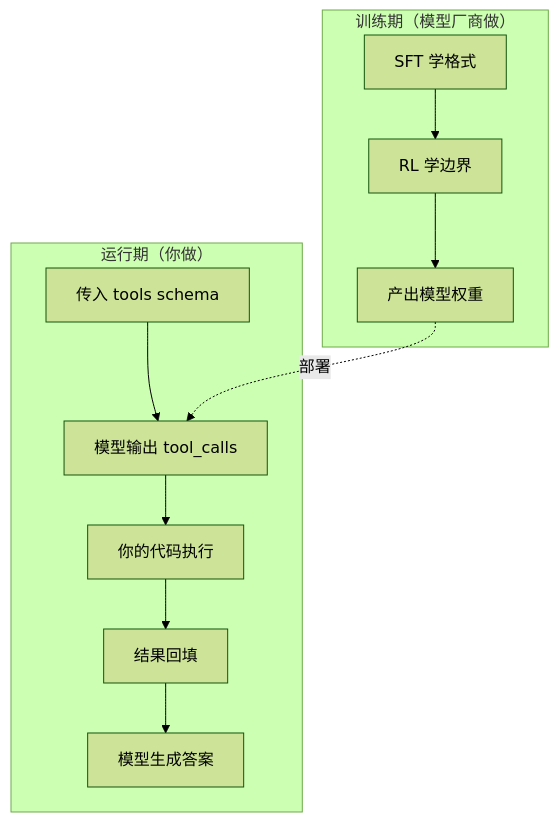
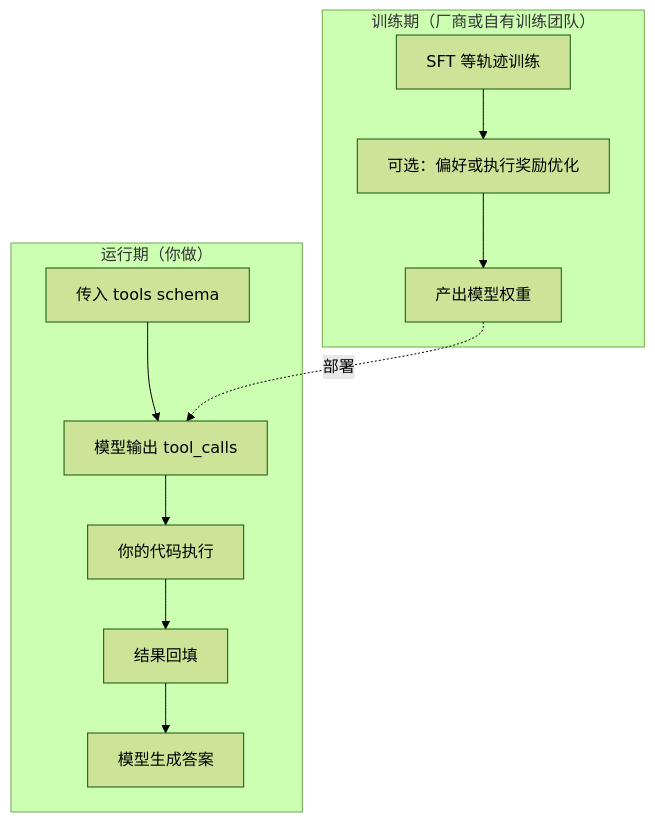
One commit to oneleaveknowsthefall/awesome-ai-roadmap changed the fourth of 4 diagrams in docs/tools/01-function-calling/02-tool-learning.md. Above: the diagram before and after it, drawn with Mermaid (forest theme). The commit also changed other lines of this file and 50 other files, not shown here.

````diff
--- a/docs/tools/01-function-calling/02-tool-learning.md
+++ b/docs/tools/01-function-calling/02-tool-learning.md
@@ -180,13 +184,13 @@
 ```mermaid
 flowchart TB
-    subgraph TRAIN["训练期（模型厂商做）"]
-        T1[SFT 学格式] --> T2[RL 学边界] --> T3[产出模型权重]
+    subgraph TRAIN["训练期（厂商或自有训练团队）"]
+        T1[SFT 等轨迹训练] --> T2[可选：偏好或执行奖励优化] --> T3[产出模型权重]
     end
 
     subgraph RUNTIME["运行期（你做）"]
         R1[传入 tools schema] --> R2[模型输出 tool_calls]
         R2 --> R3[你的代码执行] --> R4[结果回填] --> R5[模型生成答案]
     end
 
     T3 -.部署.-> R2
 ```
````
